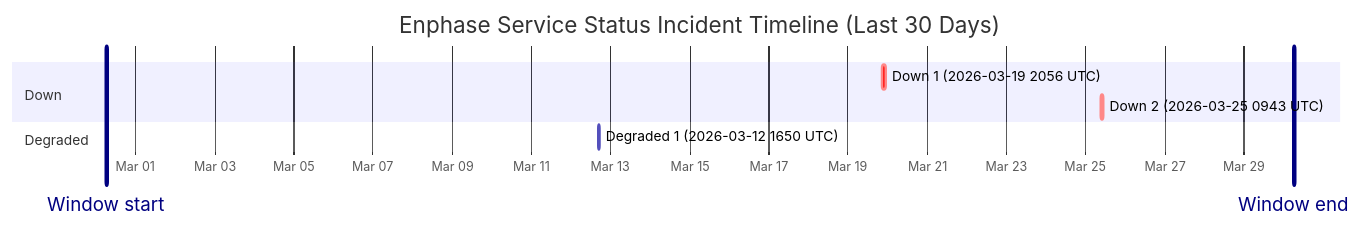
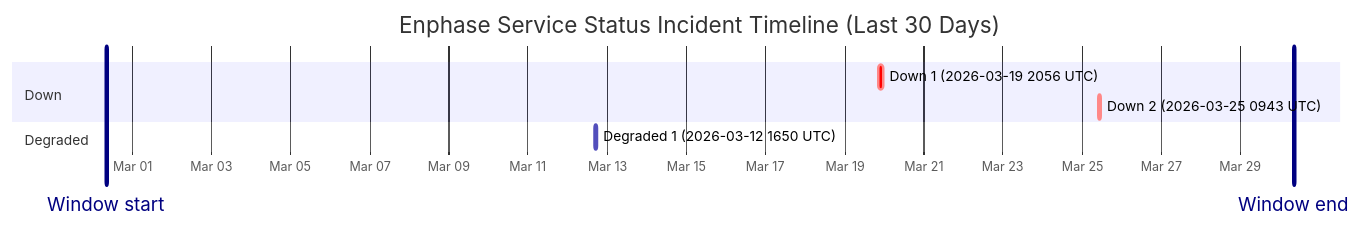
Before and after one commit to barneyonline/ha-enphase-ev-charger: the diagram in wiki/Service-Status-History.md, drawn with Mermaid. The commit also changed other lines of this file and 3 other files, not shown here.

````diff
--- a/wiki/Service-Status-History.md
+++ b/wiki/Service-Status-History.md
@@ -14,13 +14,13 @@
 ```mermaid
 gantt
     title Enphase Service Status Incident Timeline (Last 30 Days)
     dateFormat  YYYY-MM-DDTHH:mm:ss
     axisFormat  %b %d
-    Window start :vert, window-start, 2026-02-28T06:24:55, 0ms
-    Window end :vert, window-end, 2026-03-30T06:24:55, 0ms
+    Window start :vert, window-start, 2026-02-28T08:17:01, 0ms
+    Window end :vert, window-end, 2026-03-30T08:17:01, 0ms
     section Down
     Down 1 (2026-03-19 2056 UTC) :crit, down-1, 2026-03-19T20:56:20, 145m
     Down 2 (2026-03-25 0943 UTC) :crit, down-2, 2026-03-25T09:43:28, 111m
     section Degraded
     Degraded 1 (2026-03-12 1650 UTC) :active, degraded-1, 2026-03-12T16:50:43, 60m
 ```
````
